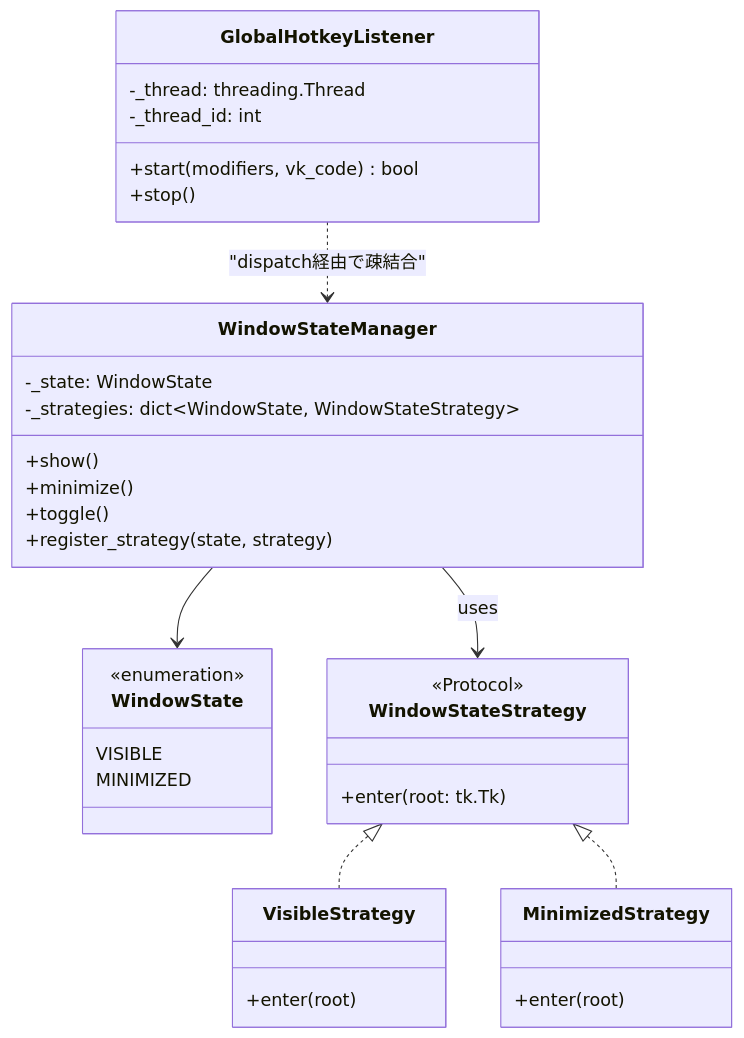
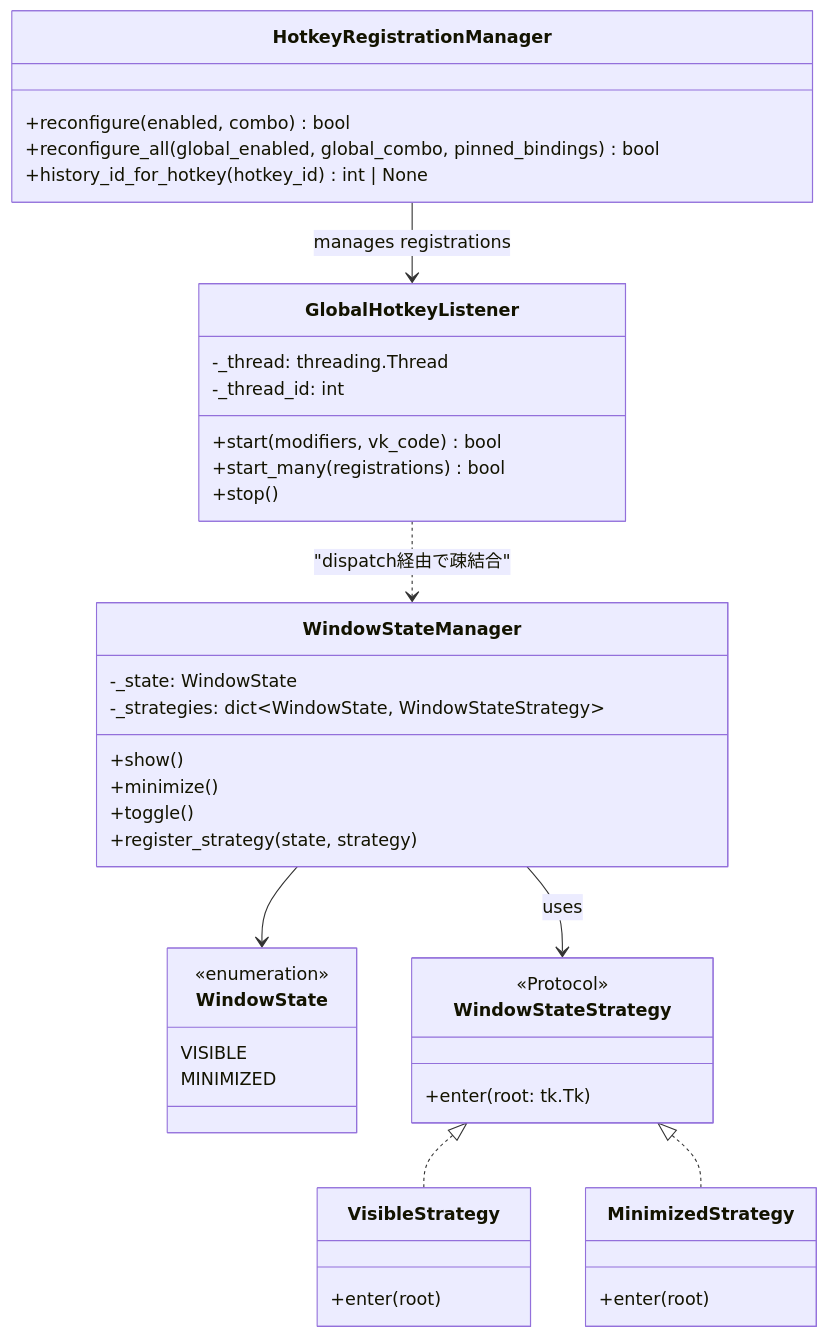
The third of 4 diagrams in docs/MODIFICATION_SPEC_HOTKEY_AND_SETTINGS_SCHEMA.md (xzyozi/Clip_Watcher), drawn with Mermaid before and after one commit. The commit also changed other lines of this file and 1 other file, not shown here.

````diff
--- a/docs/MODIFICATION_SPEC_HOTKEY_AND_SETTINGS_SCHEMA.md
+++ b/docs/MODIFICATION_SPEC_HOTKEY_AND_SETTINGS_SCHEMA.md
@@ -249,37 +249,44 @@
 ```mermaid
 classDiagram
     class WindowState {
         <<enumeration>>
         VISIBLE
         MINIMIZED
     }
     class WindowStateStrategy {
         <<Protocol>>
         +enter(root: tk.Tk)
     }
     class VisibleStrategy {
         +enter(root)
     }
     class MinimizedStrategy {
         +enter(root)
     }
     class WindowStateManager {
         -_state: WindowState
         -_strategies: dict~WindowState, WindowStateStrategy~
         +show()
         +minimize()
         +toggle()
         +register_strategy(state, strategy)
     }
     class GlobalHotkeyListener {
         -_thread: threading.Thread
         -_thread_id: int
         +start(modifiers, vk_code) bool
+        +start_many(registrations) bool
         +stop()
+    }
+    class HotkeyRegistrationManager {
+        +reconfigure(enabled, combo) bool
+        +reconfigure_all(global_enabled, global_combo, pinned_bindings) bool
+        +history_id_for_hotkey(hotkey_id) int | None
     }
     WindowStateStrategy <|.. VisibleStrategy
     WindowStateStrategy <|.. MinimizedStrategy
     WindowStateManager --> WindowState
     WindowStateManager --> WindowStateStrategy : uses
+    HotkeyRegistrationManager --> GlobalHotkeyListener : manages registrations
     GlobalHotkeyListener ..> WindowStateManager : "dispatch経由で疎結合"
 ```
````
